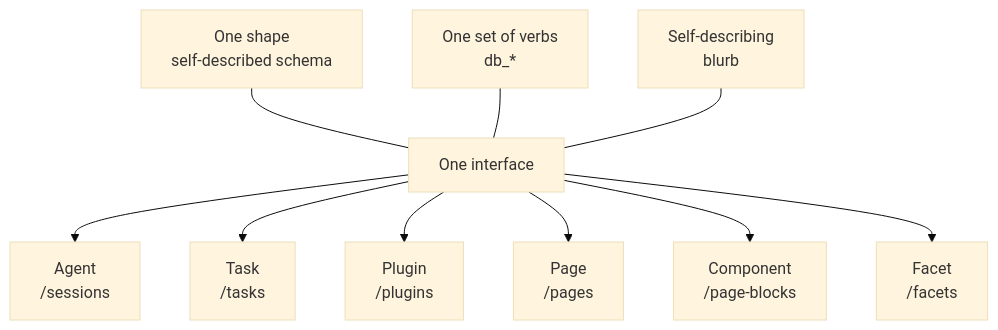
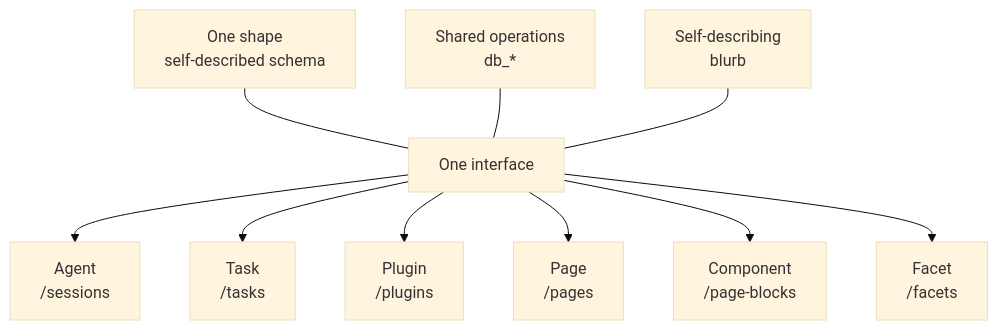
Before and after one commit to helloooooooooooooo97/biu: the first of 2 diagrams in README.md, drawn with Mermaid (base theme). The commit also changed other lines of this file and 1 other file, not shown here.

````diff
--- a/README.md
+++ b/README.md
@@ -197,16 +197,16 @@
 ```mermaid
 flowchart TB
   API["One interface"]
   Shape["One shape<br/>self-described schema"]
-  Verb["One set of verbs<br/>db_*"]
+  Verb["Shared operations<br/>db_*"]
   Say["Self-describing<br/>blurb"]
   Shape --- API
   Verb --- API
   Say --- API
   API --> A["Agent<br/>/sessions"]
   API --> T["Task<br/>/tasks"]
   API --> L["Plugin<br/>/plugins"]
   API --> P["Page<br/>/pages"]
   API --> C["Component<br/>/page-blocks"]
   API --> F["Facet<br/>/facets"]
 ```
````
